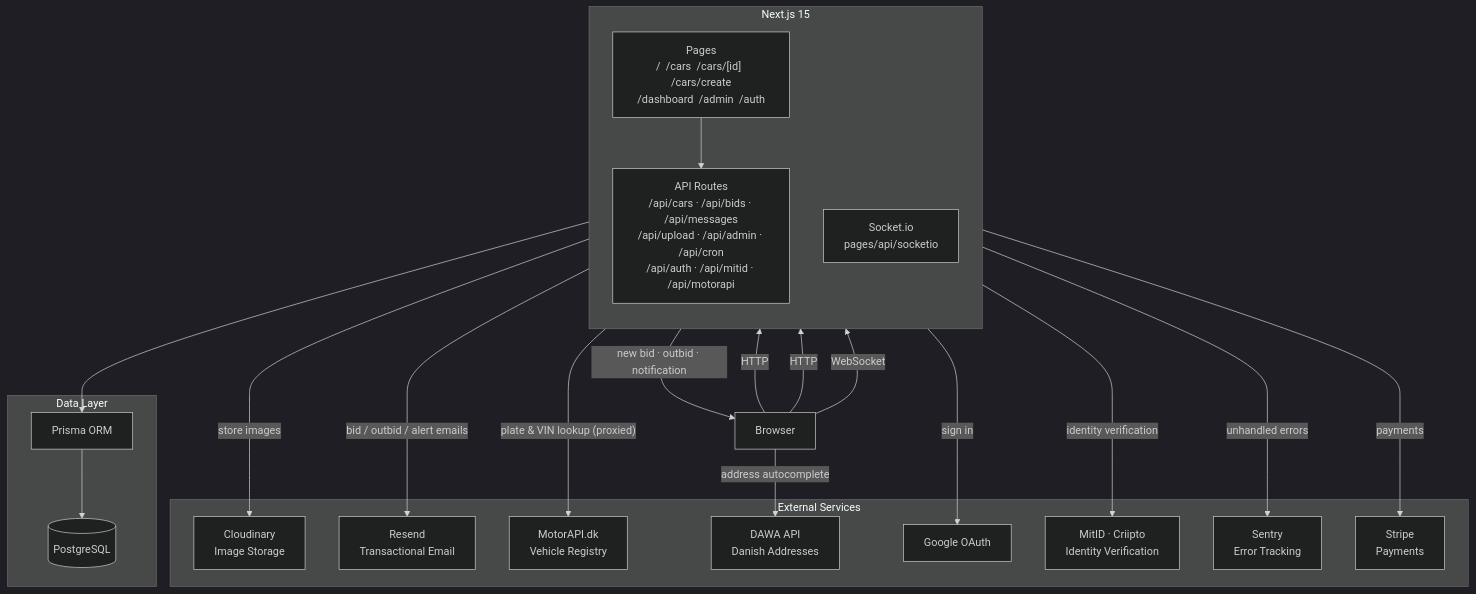
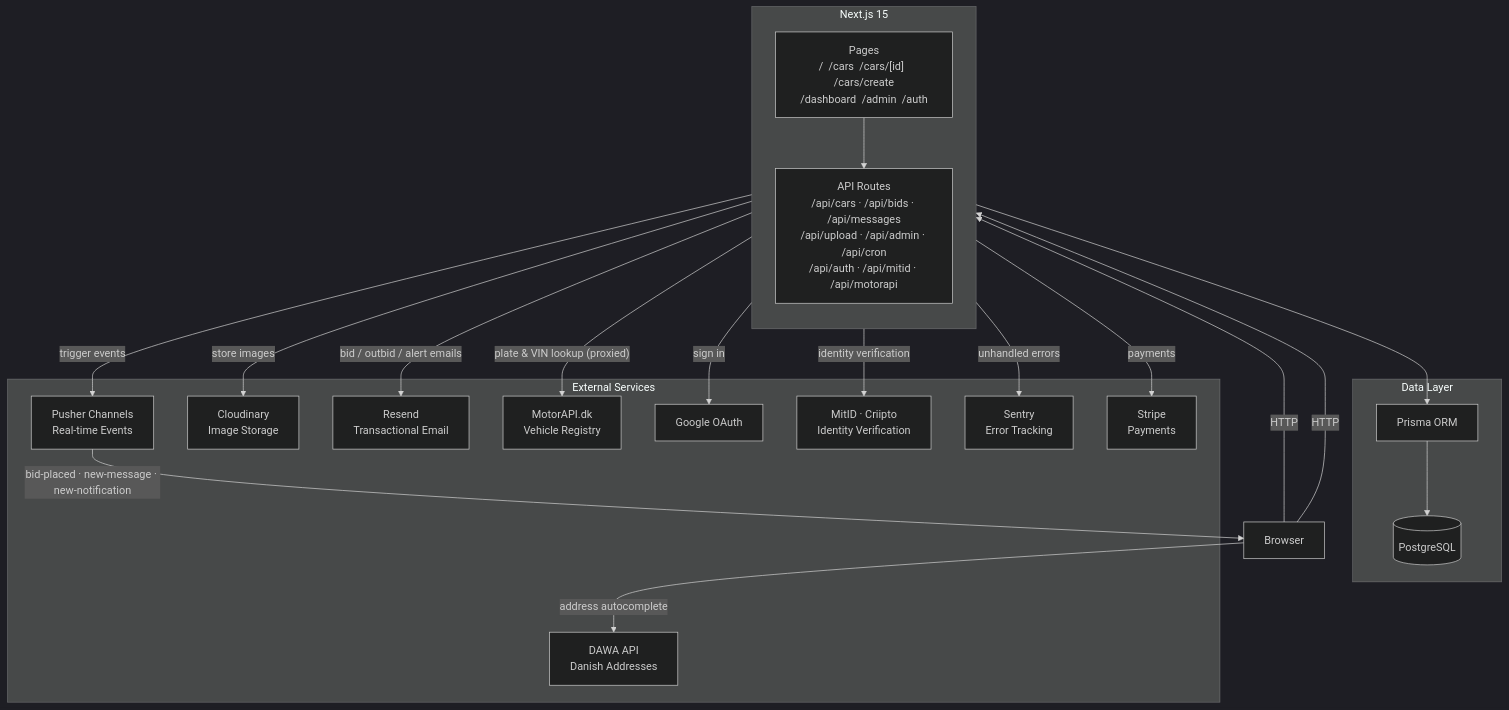
The diagram in README.md (JVDZMN/next-auction), drawn with Mermaid (dark theme) before and after one commit. The commit also changed other lines of this file, not shown here.

Commit message:
fix README: replace Socket.io with Pusher, drop polling, correct bid and rate-limit descriptions

````diff
--- a/README.md
+++ b/README.md
@@ -9,45 +9,45 @@
 ```mermaid
 graph TD
     Browser["Browser"]
 
     subgraph nextjs["Next.js 15"]
         direction TB
         Pages["Pages\n/  /cars  /cars/[id]  /cars/create\n/dashboard  /admin  /auth"]
         API["API Routes\n/api/cars · /api/bids · /api/messages\n/api/upload · /api/admin · /api/cron\n/api/auth · /api/mitid · /api/motorapi"]
-        WS["Socket.io\npages/api/socketio"]
     end
 
     subgraph data["Data Layer"]
         Prisma["Prisma ORM"]
         DB[("PostgreSQL")]
     end
 
     subgraph external["External Services"]
+        Pusher["Pusher Channels\nReal-time Events"]
         Cloudinary["Cloudinary\nImage Storage"]
         Resend["Resend\nTransactional Email"]
         MotorDK["MotorAPI.dk\nVehicle Registry"]
         DAWA["DAWA API\nDanish Addresses"]
         GoogleOAuth["Google OAuth"]
         MitID["MitID · Criipto\nIdentity Verification"]
         Sentry["Sentry\nError Tracking"]
         Stripe["Stripe\nPayments"]
     end
 
     Browser -- "HTTP" --> Pages
     Browser -- "HTTP" --> API
-    Browser -- "WebSocket" --> WS
     Browser -- "address autocomplete" --> DAWA
 
     Pages --> API
     API --> Prisma
     Prisma --> DB
 
+    API -- "trigger events" --> Pusher
+    Pusher -- "bid-placed · new-message · new-notification" --> Browser
     API -- "store images" --> Cloudinary
     API -- "bid / outbid / alert emails" --> Resend
     API -- "plate & VIN lookup (proxied)" --> MotorDK
     API -- "sign in" --> GoogleOAuth
     API -- "identity verification" --> MitID
     API -- "unhandled errors" --> Sentry
     API -- "payments" --> Stripe
-    WS -- "new bid · outbid · notification" --> Browser
 ```
````
